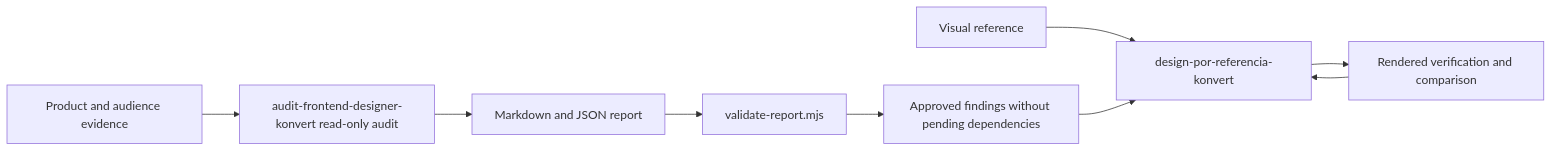
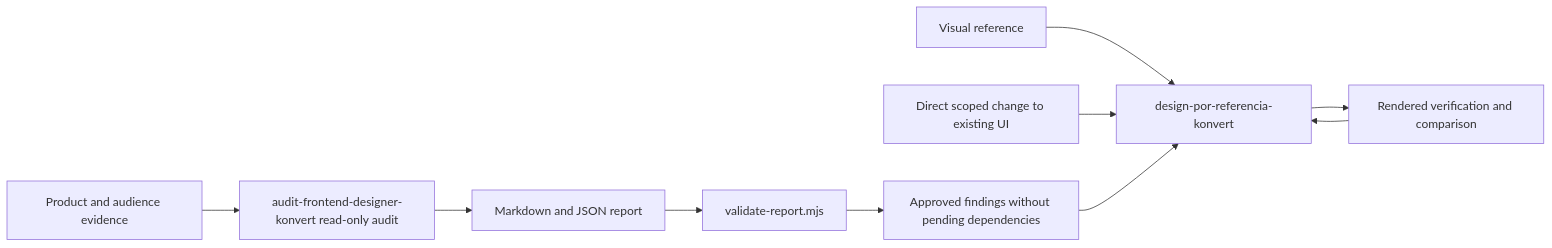
The diagram in docs/architecture.md (andreischuaste12-ctrl/frontend-designer-konvert), drawn with Mermaid before and after one commit. The commit also changed other lines of this file and 18 other files, not shown here.

````diff
--- a/docs/architecture.md
+++ b/docs/architecture.md
@@ -5,11 +5,12 @@
 ```mermaid
 flowchart LR
   A[Product and audience evidence] --> B[audit-frontend-designer-konvert read-only audit]
   B --> C[Markdown and JSON report]
   C --> V[validate-report.mjs]
   V --> D[Approved findings without pending dependencies]
   R[Visual reference] --> E[design-por-referencia-konvert]
+  S[Direct scoped change to existing UI] --> E
   D --> E
   E --> F[Rendered verification and comparison]
   F --> E
 ```
````
